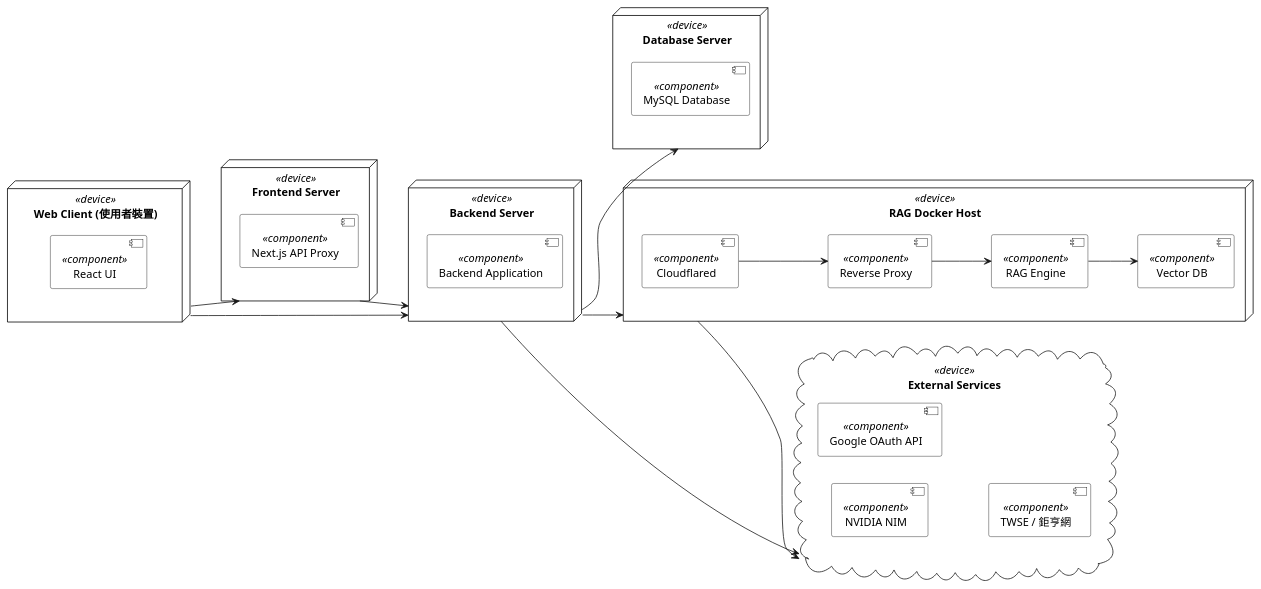
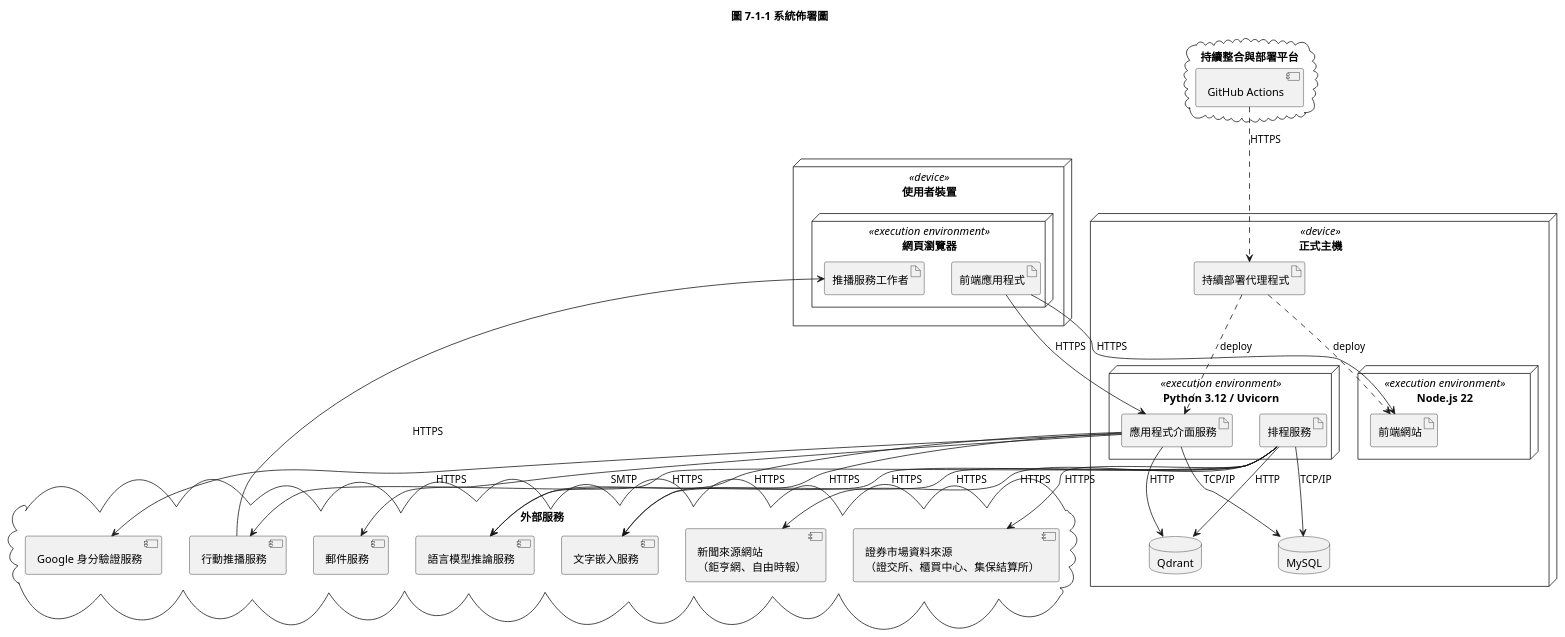
One commit to weeei001/115409 changed the diagram in docs/圖檔/Deployment Diagram.puml/Deployment Diagram.puml. Above: the diagram before and after it, drawn with PlantUML. The commit also changed 28 other files, not shown here.

```diff
--- a/docs/圖檔/Deployment Diagram.puml/Deployment Diagram.puml
+++ b/docs/圖檔/Deployment Diagram.puml/Deployment Diagram.puml
@@ -1,78 +1,65 @@
 @startuml
-skinparam shadowing false
-skinparam node {
-    BackgroundColor White
-    BorderColor Black
-}
-skinparam component {
-    BackgroundColor White
-    BorderColor Black
-}
-left to right direction
+title 圖 7-1-1 系統佈署圖
 
-' ==========================================
-' 1. 用戶端節點
-' ==========================================
-node "Web Client (使用者裝置)" as web_client <<device>> {
-    component "React UI" as ui <<component>>
+skinparam defaultFontName "標楷體"
+skinparam nodesep 35
+skinparam ranksep 60
+
+node "使用者裝置" <<device>> as client {
+  node "網頁瀏覽器" <<execution environment>> as browser {
+    artifact "前端應用程式" as ui
+    artifact "推播服務工作者" as sw
+  }
 }
 
-' ==========================================
-' 2. 前端與後端伺服器節點 (本機開發 / 雲端)
-' ==========================================
-node "Frontend Server" as frontend_server <<device>> {
-    component "Next.js API Proxy" as frontend_api <<component>>
+node "正式主機" <<device>> as host {
+  node "Node.js 22" <<execution environment>> as nodert {
+    artifact "前端網站" as web
+  }
+  node "Python 3.12 / Uvicorn" <<execution environment>> as pyrt {
+    artifact "應用程式介面服務" as api
+    artifact "排程服務" as jobs
+  }
+  database "MySQL" as mysql
+  database "Qdrant" as qdrant
+  artifact "持續部署代理程式" as runner
 }
 
-node "Backend Server" as backend_server <<device>> {
-    component "Backend Application" as backend <<component>>
+cloud "外部服務" as ext {
+  component "語言模型推論服務" as llm
+  component "文字嵌入服務" as embed
+  component "Google 身分驗證服務" as google
+  component "行動推播服務" as fcm
+  component "郵件服務" as smtp
+  component "證券市場資料來源\n（證交所、櫃買中心、集保結算所）" as market
+  component "新聞來源網站\n（鉅亨網、自由時報）" as news
 }
 
-' ==========================================
-' 3. 資料庫節點
-' ==========================================
-node "Database Server" as db_node <<device>> {
-    component "MySQL Database" as mysql <<component>>
+cloud "持續整合與部署平台" as gh {
+  component "GitHub Actions" as ci
 }
 
-' ==========================================
-' 4. RAG 微服務叢集 (Docker Compose)
-' ==========================================
-node "RAG Docker Host" as rag_node <<device>> {
-    component "Cloudflared" as cloudflared <<component>>
-    component "Reverse Proxy" as nginx <<component>>
-    component "RAG Engine" as rag <<component>>
-    component "Vector DB" as qdrant <<component>>
-}
+ui --> web : «HTTPS»
+ui --> api : «HTTPS»
+fcm --> sw : «HTTPS»
 
-' ==========================================
-' 5. 雲端外部服務
-' ==========================================
-cloud "External Services" as ext_node <<device>> {
-    component "NVIDIA NIM" as ext_llm <<component>>
-    component "Google OAuth API" as ext_google <<component>>
-    component "TWSE / 鉅亨網" as ext_data <<component>>
-}
+api --> mysql : «TCP/IP»
+api --> qdrant : «HTTP»
+api --> llm : «HTTPS»
+api --> embed : «HTTPS»
+api --> google : «HTTPS»
+api --> smtp : «SMTP»
 
-' ==========================================
-' 網路通訊協定與實際連線 (Port / Protocols)
-' ==========================================
-' 前端交互
-web_client --> frontend_server
-web_client --> backend_server
+jobs --> mysql : «TCP/IP»
+jobs --> qdrant : «HTTP»
+jobs --> llm : «HTTPS»
+jobs --> embed : «HTTPS»
+jobs --> market : «HTTPS»
+jobs --> news : «HTTPS»
+jobs --> fcm : «HTTPS»
 
-frontend_server --> backend_server
+ci ..> runner : «HTTPS»
+runner ..> web : «deploy»
+runner ..> api : «deploy»
 
-' 後端依賴與存取
-backend_server --> db_node
-
-' RAG Docker 叢集內部架構與通訊
-backend_server --> rag_node
-cloudflared --> nginx
-nginx --> rag
-rag --> qdrant
-
-' AI 推論與爬蟲連線
-backend_server --> ext_node
-rag_node --> ext_node
 @enduml
```
